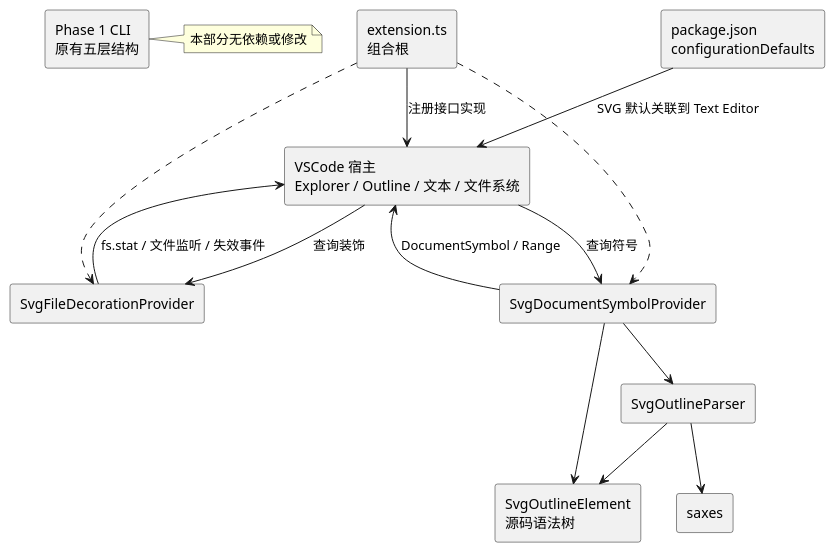
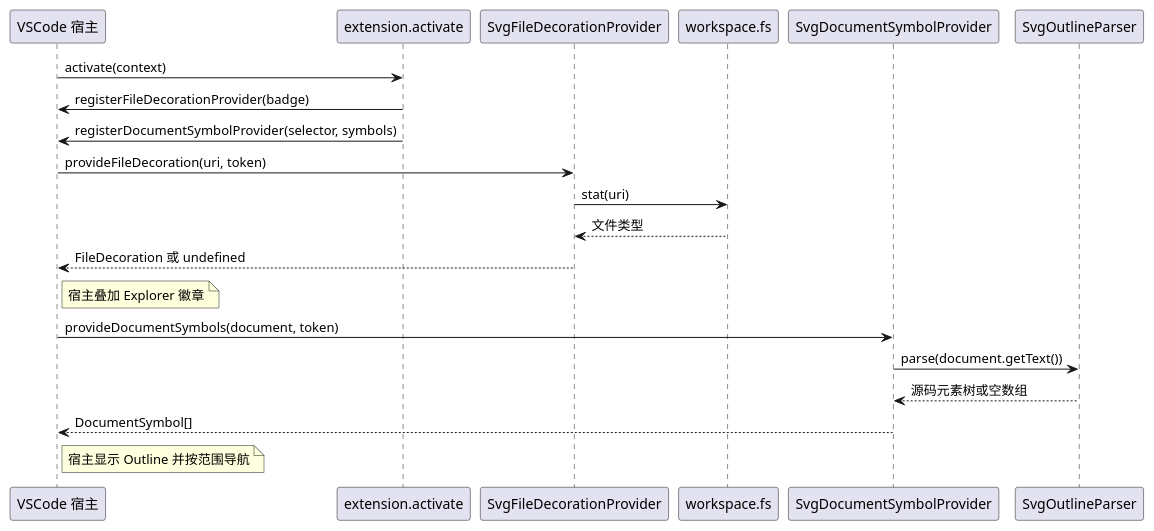
One commit to CelestriZeta/svg-editor-cli changed the first of 2 diagrams in doc/README.md. Above: the diagram before and after it, drawn with PlantUML. The commit also changed other lines of this file and 68 other files, not shown here.

````diff
--- a/doc/README.md
+++ b/doc/README.md
@@ -21,27 +67,23 @@
 ```plantuml
 @startuml
-skinparam componentStyle rectangle
-component "VSCode 宿主\nExplorer / Outline / 文本 / 文件系统" as host
-component "extension.ts\n组合根" as entry
-component "package.json\nconfigurationDefaults" as manifest
-component "SvgFileDecorationProvider" as badge
-component "SvgDocumentSymbolProvider" as symbols
-component "SvgOutlineParser" as parser
-component "SvgOutlineElement\n源码语法树" as element
-component "saxes" as xml
-component "Phase 1 CLI\n原有五层结构" as cli
-entry ..> badge
-entry ..> symbols
-entry --> host : 注册接口实现
-manifest --> host : SVG 默认关联到 Text Editor
-host --> badge : 查询装饰
-host --> symbols : 查询符号
-badge --> host : fs.stat / 文件监听 / 失效事件
-symbols --> host : DocumentSymbol / Range
-symbols --> parser
-parser --> xml
-parser --> element
-symbols --> element
-note right of cli : 本部分无依赖或修改
+participant "VSCode 宿主" as host
+participant "extension.activate" as entry
+participant "SvgFileDecorationProvider" as badge
+participant "workspace.fs" as fs
+participant "SvgDocumentSymbolProvider" as symbols
+participant "SvgOutlineParser" as parser
+host -> entry : activate(context)
+entry -> host : registerFileDecorationProvider(badge)
+entry -> host : registerDocumentSymbolProvider(selector, symbols)
+host -> badge : provideFileDecoration(uri, token)
+badge -> fs : stat(uri)
+fs --> badge : 文件类型
+badge --> host : FileDecoration 或 undefined
+note right of host : 宿主叠加 Explorer 徽章
+host -> symbols : provideDocumentSymbols(document, token)
+symbols -> parser : parse(document.getText())
+parser --> symbols : 源码元素树或空数组
+symbols --> host : DocumentSymbol[]
+note right of host : 宿主显示 Outline 并按范围导航
 @enduml
 ```
````
